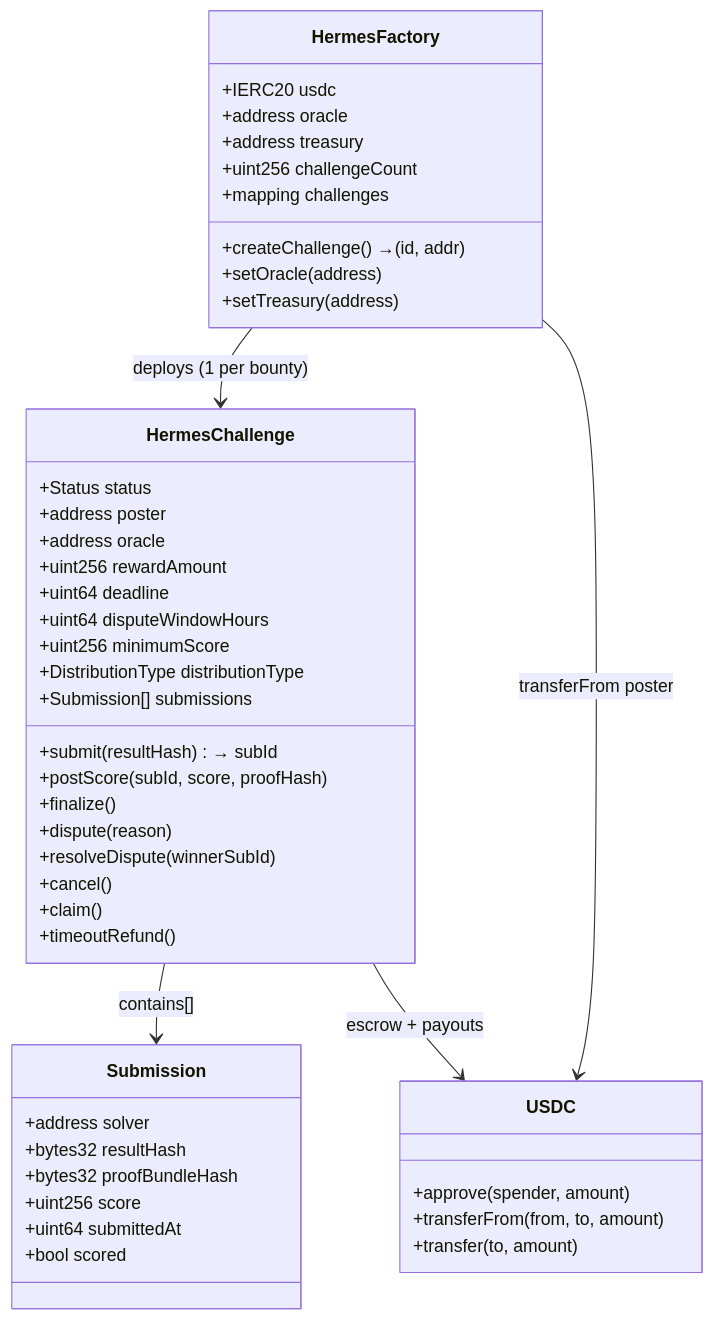
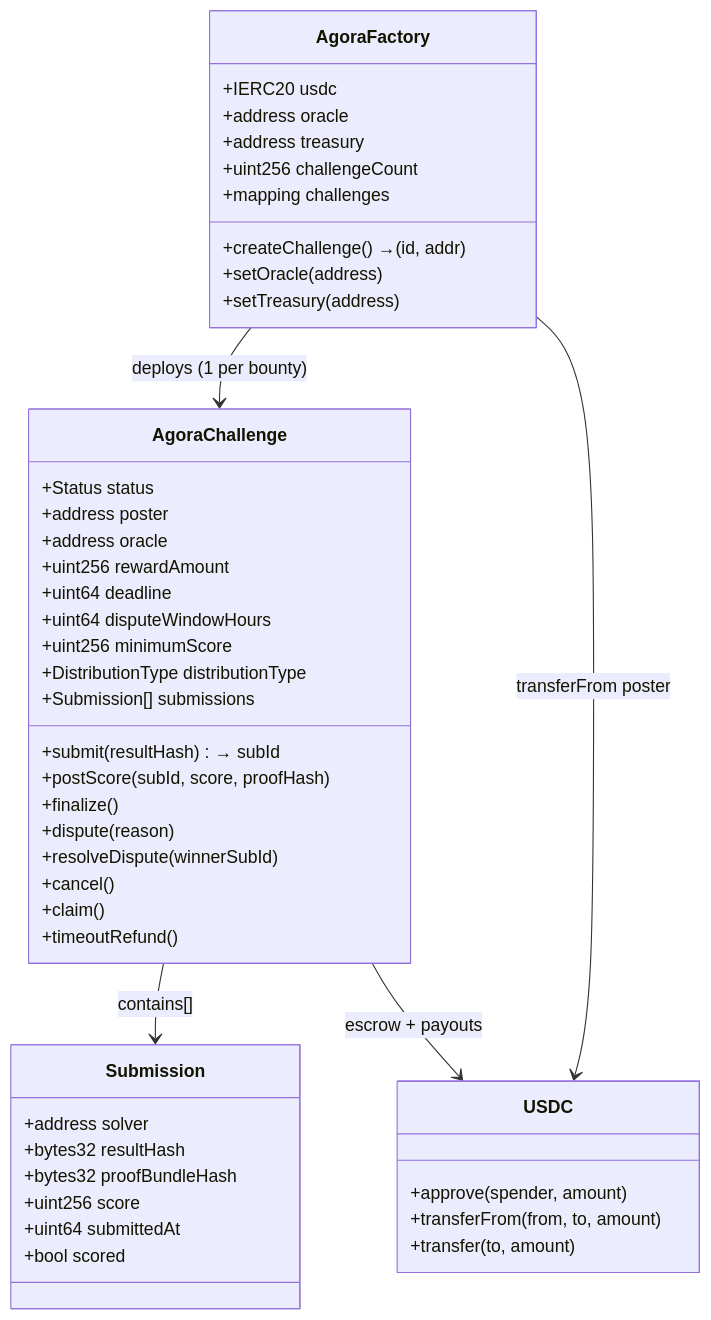
Before and after one commit to andymolecule/Agora: the third of 15 diagrams in docs/architecture.md, drawn with Mermaid. The commit also changed other lines of this file and 205 other files, not shown here.

Commit message:
rebrand: complete Hermes to Agora cutover

````diff
--- a/docs/architecture.md
+++ b/docs/architecture.md
@@ -119,53 +119,53 @@
 ```mermaid
 classDiagram
-    class HermesFactory {
+    class AgoraFactory {
         +IERC20 usdc
         +address oracle
         +address treasury
         +uint256 challengeCount
         +mapping challenges
         +createChallenge() → (id, addr)
         +setOracle(address)
         +setTreasury(address)
     }
 
-    class HermesChallenge {
+    class AgoraChallenge {
         +Status status
         +address poster
         +address oracle
         +uint256 rewardAmount
         +uint64 deadline
         +uint64 disputeWindowHours
         +uint256 minimumScore
         +DistributionType distributionType
         +Submission[] submissions
         +submit(resultHash) → subId
         +postScore(subId, score, proofHash)
         +finalize()
         +dispute(reason)
         +resolveDispute(winnerSubId)
         +cancel()
         +claim()
         +timeoutRefund()
     }
 
     class Submission {
         +address solver
         +bytes32 resultHash
         +bytes32 proofBundleHash
         +uint256 score
         +uint64 submittedAt
         +bool scored
     }
 
     class USDC {
         +approve(spender, amount)
         +transferFrom(from, to, amount)
         +transfer(to, amount)
     }
 
-    HermesFactory --> HermesChallenge : deploys (1 per bounty)
-    HermesFactory --> USDC : transferFrom poster
-    HermesChallenge --> Submission : contains[]
-    HermesChallenge --> USDC : escrow + payouts
+    AgoraFactory --> AgoraChallenge : deploys (1 per bounty)
+    AgoraFactory --> USDC : transferFrom poster
+    AgoraChallenge --> Submission : contains[]
+    AgoraChallenge --> USDC : escrow + payouts
 ```
````
